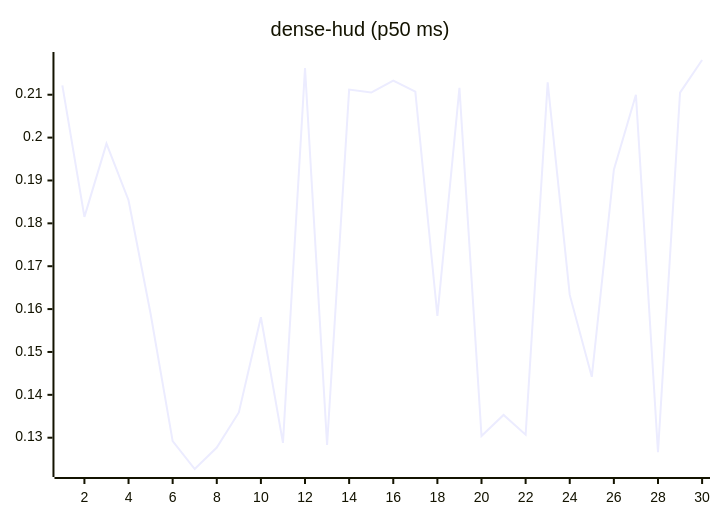
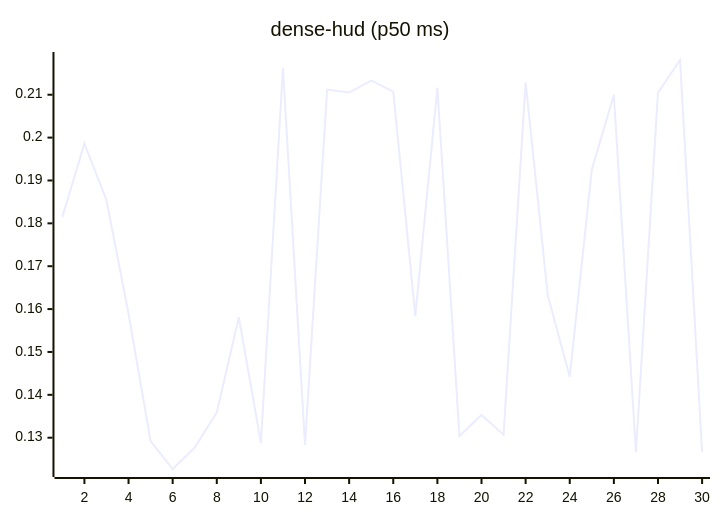
The eighth of 27 diagrams in README.md (josha/Facet), drawn with Mermaid before and after one commit. The commit also changed other lines of this file and 2 other files, not shown here.

````diff
--- a/README.md
+++ b/README.md
@@ -112,6 +112,6 @@
 ```mermaid
 xychart-beta
     title "dense-hud (p50 ms)"
     x-axis 1 --> 30
-    line [0.2122, 0.1815, 0.1986, 0.1854, 0.1589, 0.1292, 0.1227, 0.1277, 0.1359, 0.1581, 0.1288, 0.2162, 0.1283, 0.2112, 0.2105, 0.2133, 0.2107, 0.1584, 0.2116, 0.1304, 0.1353, 0.1307, 0.2129, 0.1633, 0.1442, 0.1925, 0.2100, 0.1266, 0.2105, 0.2181]
+    line [0.1815, 0.1986, 0.1854, 0.1589, 0.1292, 0.1227, 0.1277, 0.1359, 0.1581, 0.1288, 0.2162, 0.1283, 0.2112, 0.2105, 0.2133, 0.2107, 0.1584, 0.2116, 0.1304, 0.1353, 0.1307, 0.2129, 0.1633, 0.1442, 0.1925, 0.2100, 0.1266, 0.2105, 0.2181, 0.1266]
 ```
````
